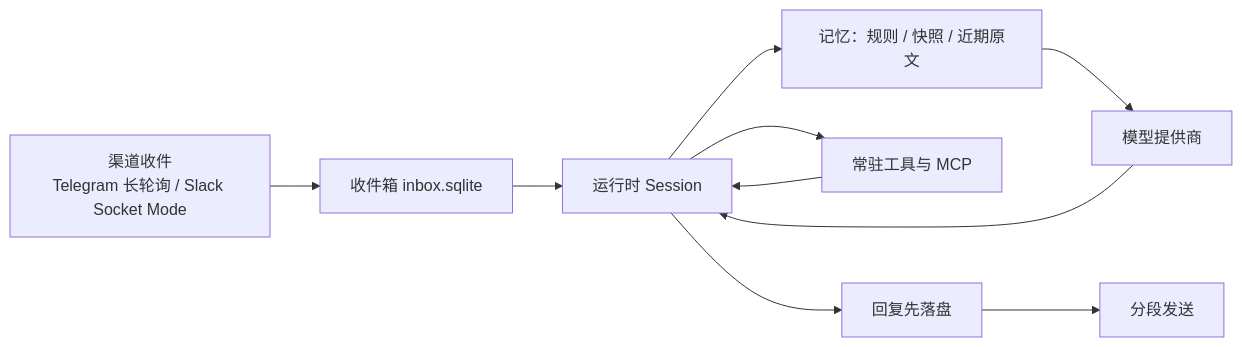
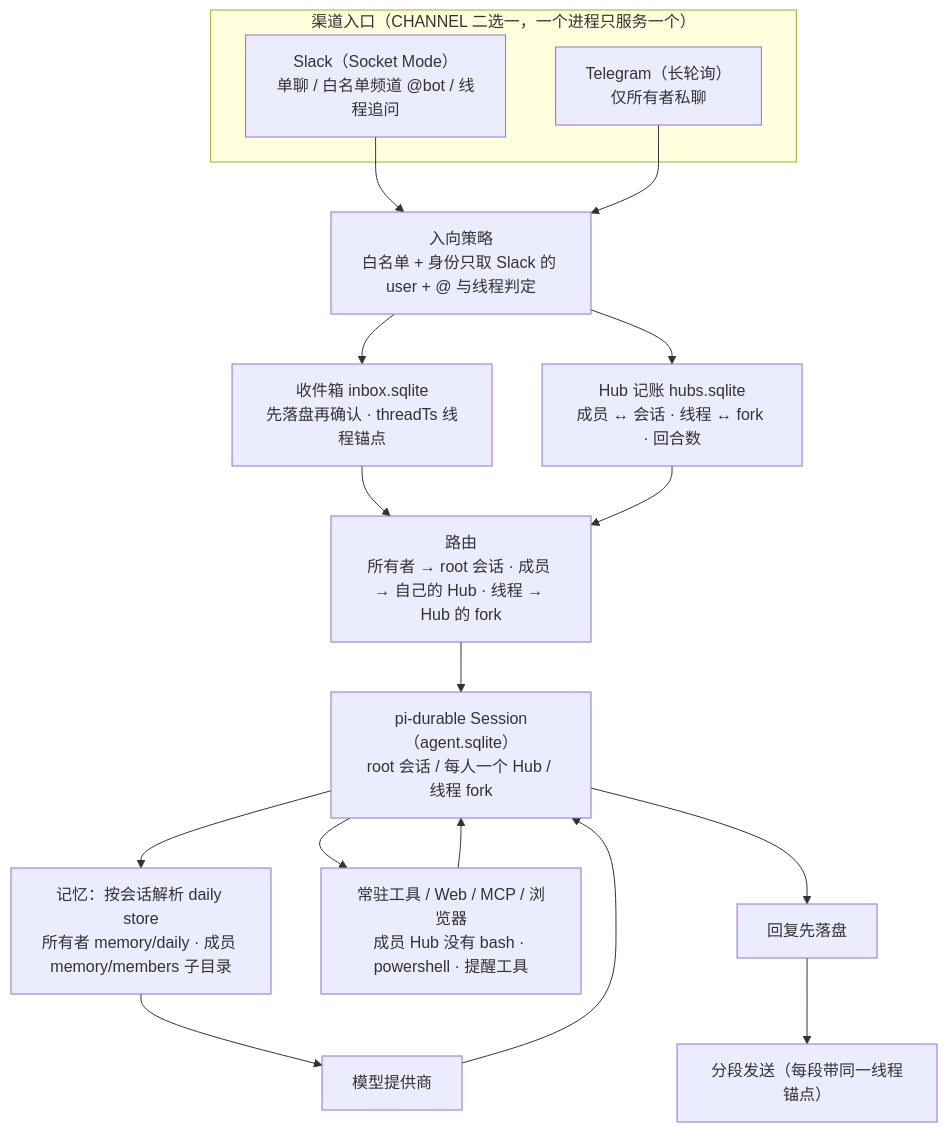
The diagram in README.md (NaoYUN77/Aster), drawn with Mermaid before and after one commit. The commit also changed other lines of this file and 33 other files, not shown here.

First line of the commit message:
feat: team-channel hubs and Slack emoji reactions

````diff
--- a/README.md
+++ b/README.md
@@ -15,12 +15,22 @@
 ```mermaid
-flowchart LR
-  tg["渠道收件<br/>Telegram 长轮询 / Slack Socket Mode"] --> inbox["收件箱 inbox.sqlite"]
-  inbox --> runtime["运行时 Session"]
-  runtime --> memory["记忆：规则 / 快照 / 近期原文"]
+flowchart TB
+  subgraph channels["渠道入口（CHANNEL 二选一，一个进程只服务一个）"]
+    slack["Slack（Socket Mode）<br/>单聊 / 白名单频道 @bot / 线程追问"]
+    telegram["Telegram（长轮询）<br/>仅所有者私聊"]
+  end
+  slack --> policy
+  telegram --> policy
+  policy["入向策略<br/>白名单 + 身份只取 Slack 的 user + @ 与线程判定"]
+  policy --> inbox["收件箱 inbox.sqlite<br/>先落盘再确认 · threadTs 线程锚点"]
+  policy --> hubs["Hub 记账 hubs.sqlite<br/>成员 ↔ 会话 · 线程 ↔ fork · 回合数"]
+  inbox --> route["路由<br/>所有者 → root 会话 · 成员 → 自己的 Hub · 线程 → Hub 的 fork"]
+  hubs --> route
+  route --> runtime["pi-durable Session（agent.sqlite）<br/>root 会话 / 每人一个 Hub / 线程 fork"]
+  runtime --> memory["记忆：按会话解析 daily store<br/>所有者 memory/daily · 成员 memory/members 子目录"]
+  runtime --> tools["常驻工具 / Web / MCP / 浏览器<br/>成员 Hub 没有 bash · powershell · 提醒工具"]
   memory --> model["模型提供商"]
-  runtime --> tools["常驻工具与 MCP"]
   tools --> runtime
   model --> runtime
   runtime --> saved["回复先落盘"]
-  saved --> send["分段发送"]
+  saved --> send["分段发送（每段带同一线程锚点）"]
 ```
````
